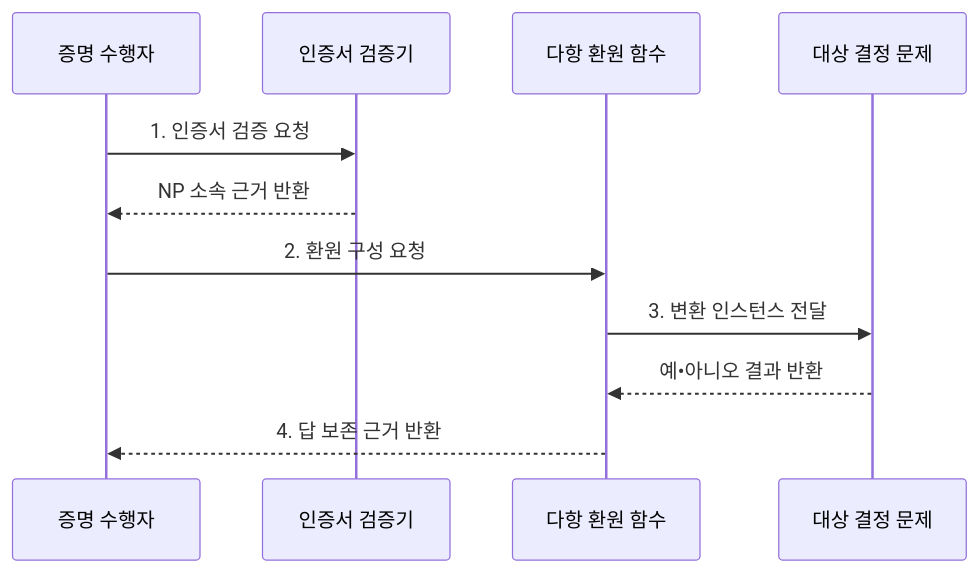
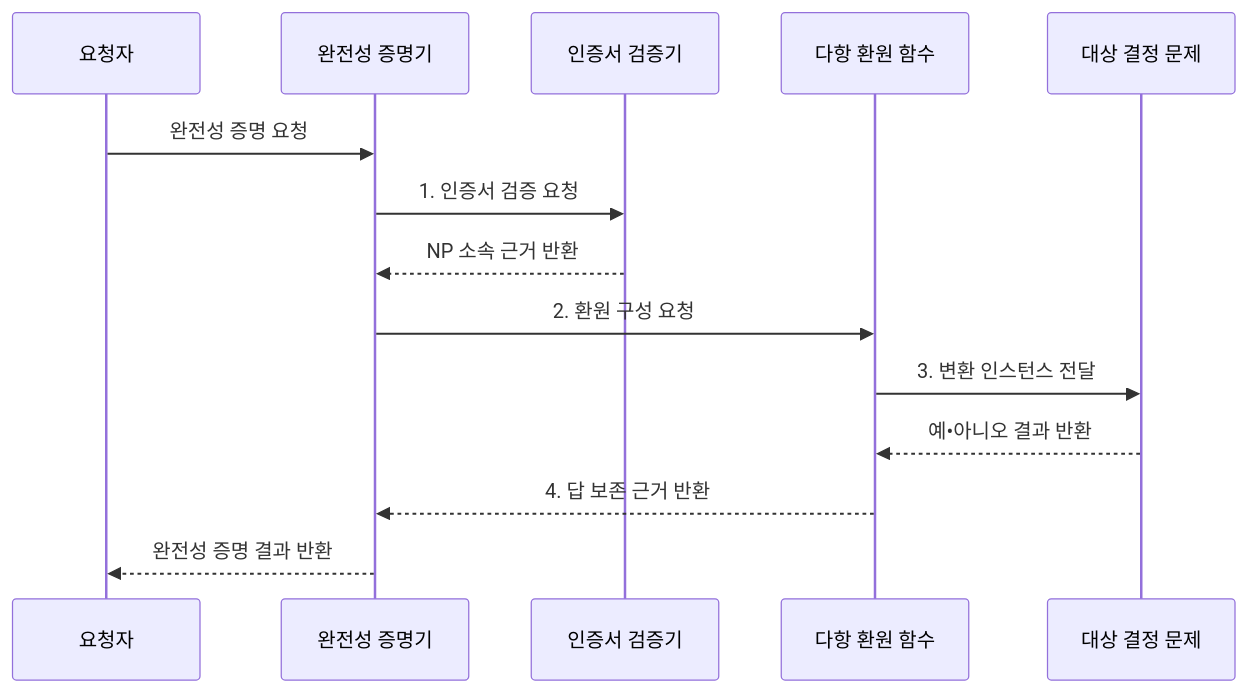
The second of 2 diagrams in src/content/docs/notes/01-basic-theory/019_np_complete.md (agnusdei1207/knowledge-base), drawn with Mermaid before and after one commit. The commit also changed other lines of this file and 3 other files, not shown here.

````diff
--- a/src/content/docs/notes/01-basic-theory/019_np_complete.md
+++ b/src/content/docs/notes/01-basic-theory/019_np_complete.md
@@ -81,13 +82,16 @@
 ```mermaid
 sequenceDiagram
-    participant Q as 증명 수행자
+    participant Q as 요청자
+    participant P as 완전성 증명기
     participant V as 인증서 검증기
     participant R as 다항 환원 함수
     participant T as 대상 결정 문제
-    Q->>V: 1. 인증서 검증 요청
-    V-->>Q: NP 소속 근거 반환
-    Q->>R: 2. 환원 구성 요청
+    Q->>P: 완전성 증명 요청
+    P->>V: 1. 인증서 검증 요청
+    V-->>P: NP 소속 근거 반환
+    P->>R: 2. 환원 구성 요청
     R->>T: 3. 변환 인스턴스 전달
     T-->>R: 예•아니오 결과 반환
-    R-->>Q: 4. 답 보존 근거 반환
+    R-->>P: 4. 답 보존 근거 반환
+    P-->>Q: 완전성 증명 결과 반환
 ```
````
